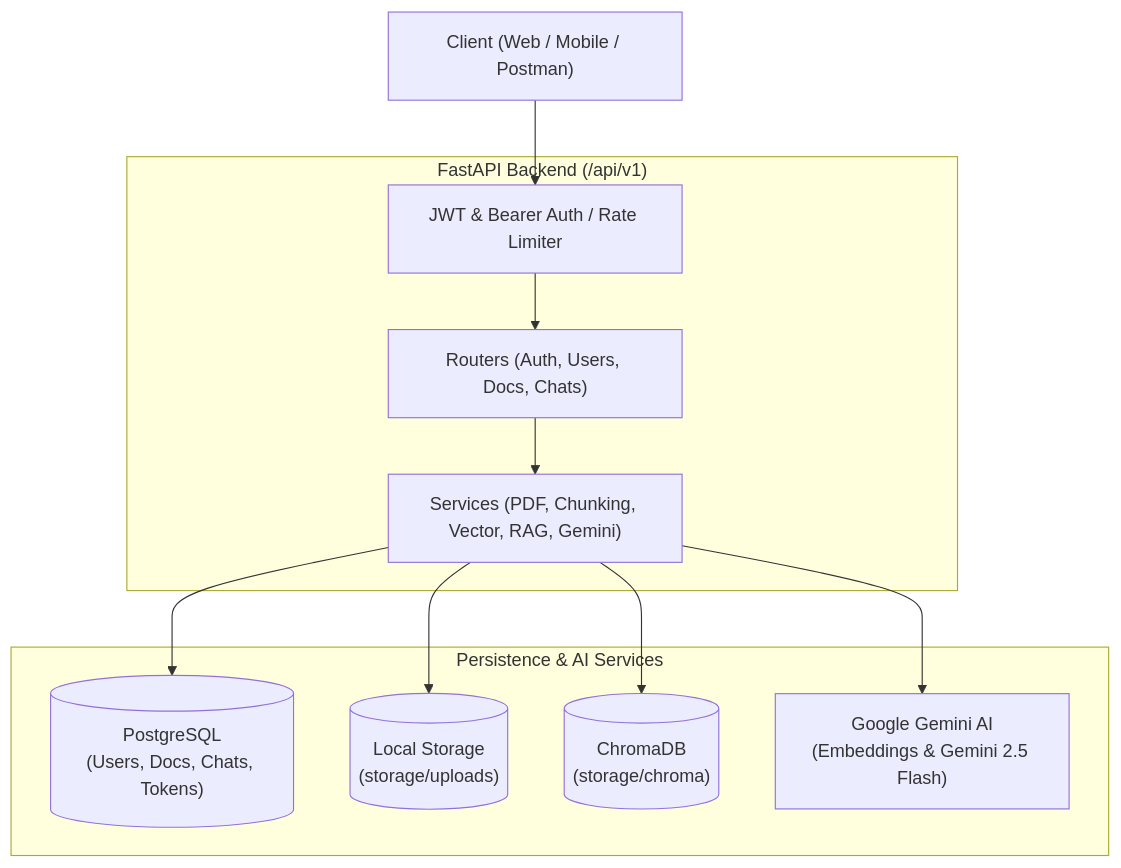
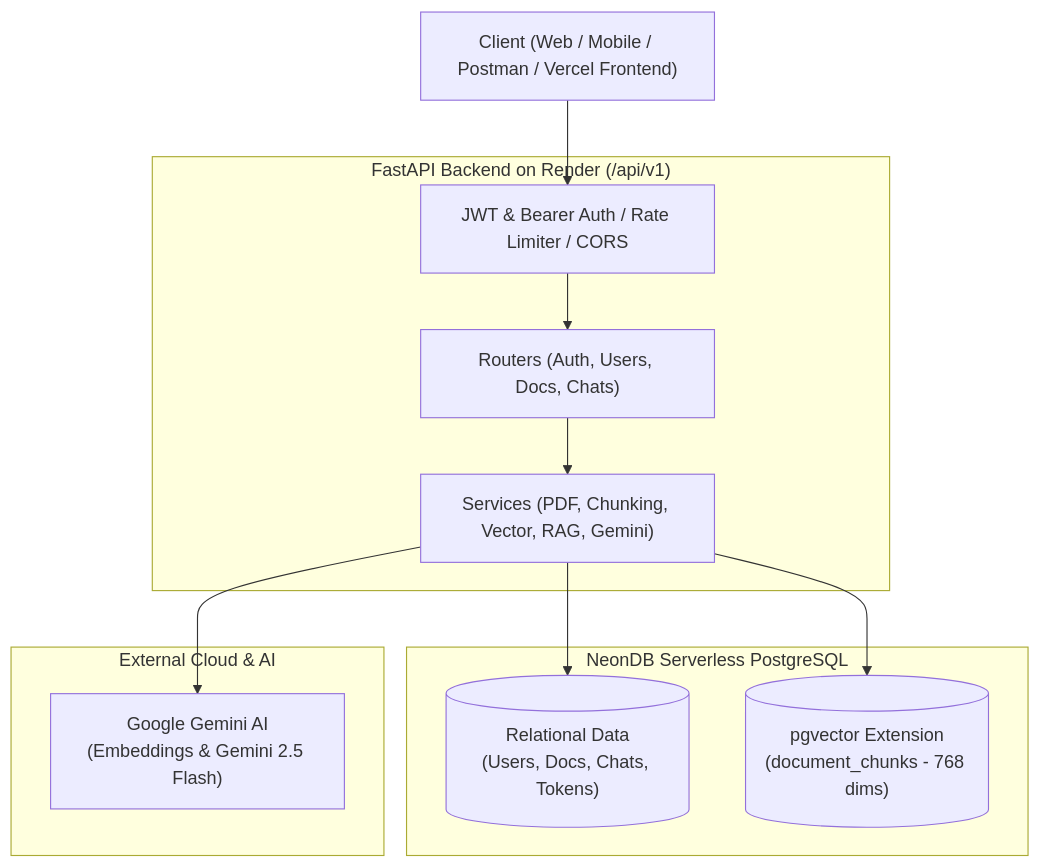
One commit to surajpandey230522-cloud/mini_project changed the diagram in aktu-notes-ai-backend/README.md. Above: the diagram before and after it, drawn with Mermaid. The commit also changed other lines of this file and 14 other files, not shown here.

````diff
--- a/aktu-notes-ai-backend/README.md
+++ b/aktu-notes-ai-backend/README.md
@@ -70,25 +72,26 @@
 ```mermaid
 flowchart TD
-    Client["Client (Web / Mobile / Postman)"]
+    Client["Client (Web / Mobile / Postman / Vercel Frontend)"]
     
-    subgraph FastAPI["FastAPI Backend (/api/v1)"]
-        AuthMiddleware["JWT & Bearer Auth / Rate Limiter"]
+    subgraph FastAPI["FastAPI Backend on Render (/api/v1)"]
+        AuthMiddleware["JWT & Bearer Auth / Rate Limiter / CORS"]
         Routers["Routers (Auth, Users, Docs, Chats)"]
         Services["Services (PDF, Chunking, Vector, RAG, Gemini)"]
     end
     
-    subgraph Storage["Persistence & AI Services"]
-        PG[("PostgreSQL\n(Users, Docs, Chats, Tokens)")]
-        Disk[("Local Storage\n(storage/uploads)")]
-        Chroma[("ChromaDB\n(storage/chroma)")]
+    subgraph NeonDB["NeonDB Serverless PostgreSQL"]
+        PG[("Relational Data\n(Users, Docs, Chats, Tokens)")]
+        Vectors[("pgvector Extension\n(document_chunks - 768 dims)")]
+    end
+
+    subgraph External["External Cloud & AI"]
         Gemini["Google Gemini AI\n(Embeddings & Gemini 2.5 Flash)"]
     end
     
     Client --> AuthMiddleware
     AuthMiddleware --> Routers
     Routers --> Services
     Services --> PG
-    Services --> Disk
-    Services --> Chroma
+    Services --> Vectors
     Services --> Gemini
 ```
````
